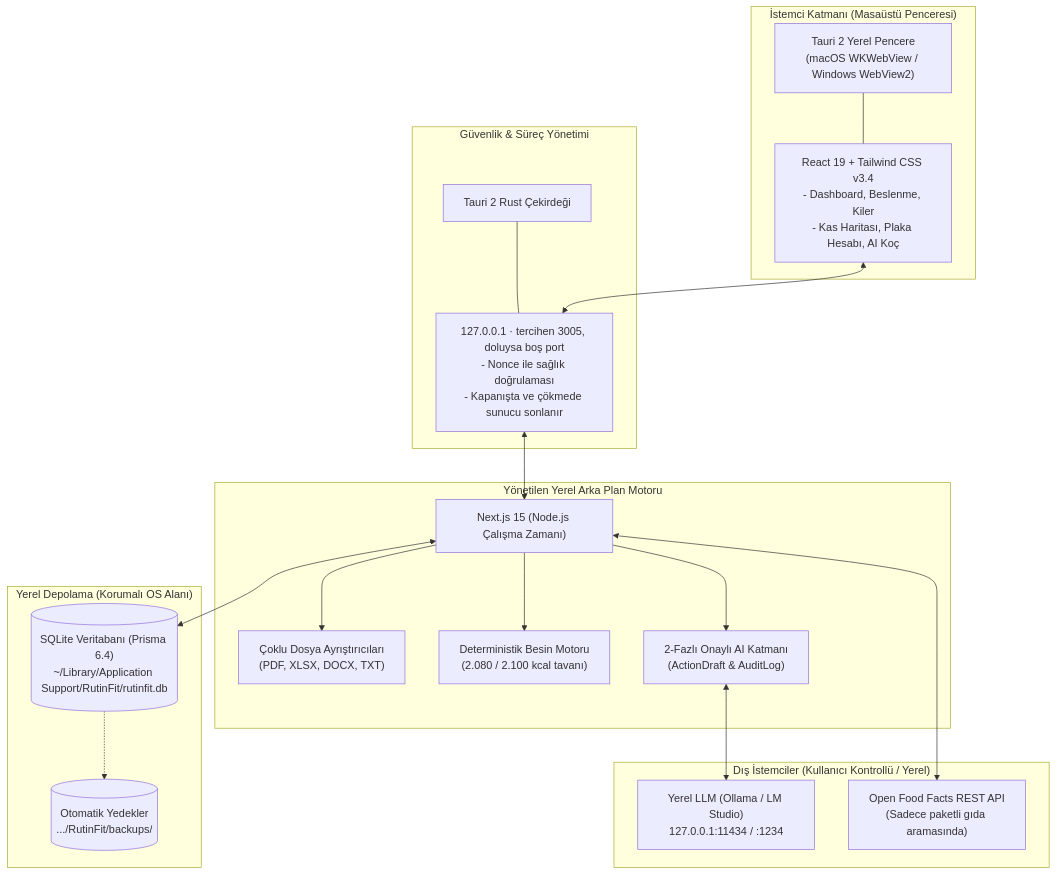
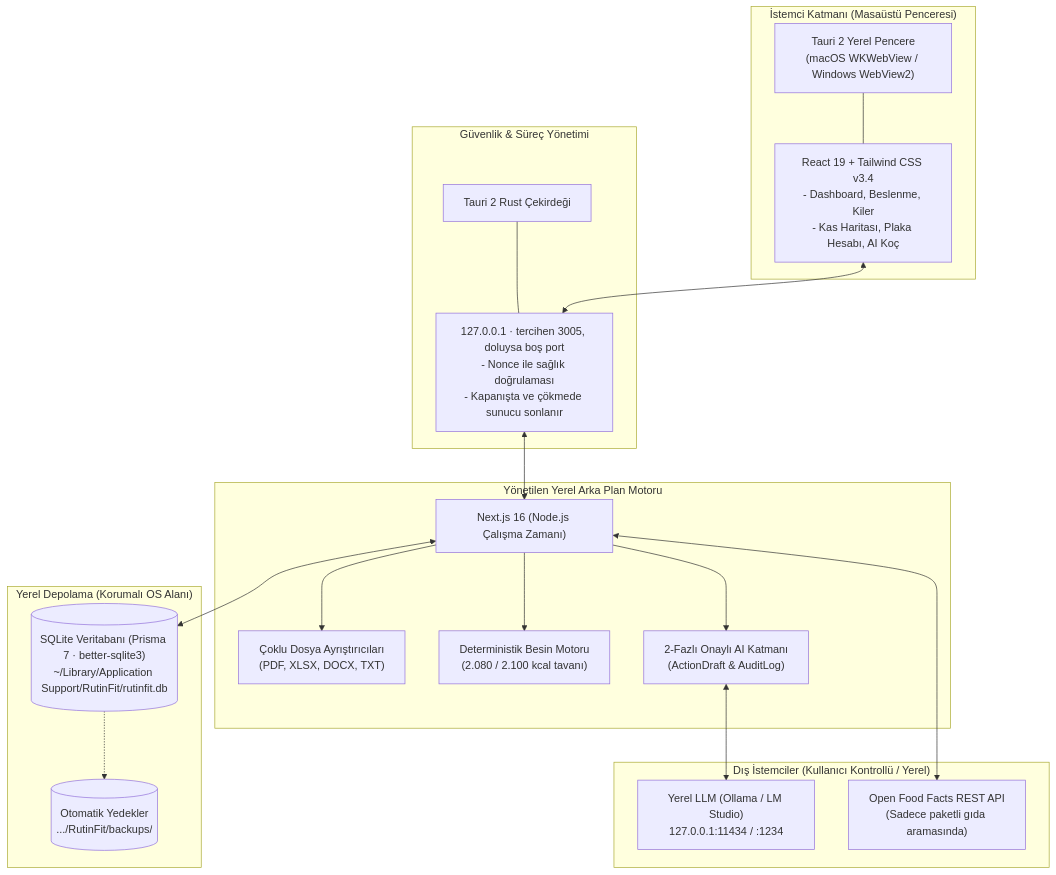
The diagram in docs/ARCHITECTURE_AND_TECH_STACK.md (memirutku/rutinfit), drawn with Mermaid before and after one commit. The commit also changed other lines of this file and 1 other file, not shown here.

First line of the commit message:
docs: note the Next.js 16, Prisma 7 and Vitest 5 upgrades

````diff
--- a/docs/ARCHITECTURE_AND_TECH_STACK.md
+++ b/docs/ARCHITECTURE_AND_TECH_STACK.md
@@ -15,41 +15,41 @@
 ```mermaid
 flowchart TD
     subgraph Client ["İstemci Katmanı (Masaüstü Penceresi)"]
         Window["Tauri 2 Yerel Pencere\n(macOS WKWebView / Windows WebView2)"]
         UIComponents["React 19 + Tailwind CSS v3.4\n- Dashboard, Beslenme, Kiler\n- Kas Haritası, Plaka Hesabı, AI Koç"]
         Window --- UIComponents
     end
 
     subgraph Security ["Güvenlik & Süreç Yönetimi"]
         RustCore["Tauri 2 Rust Çekirdeği"]
         LoopbackIPC["127.0.0.1 · tercihen 3005, doluysa boş port\n- Nonce ile sağlık doğrulaması\n- Kapanışta ve çökmede sunucu sonlanır"]
         RustCore --- LoopbackIPC
     end
 
     subgraph ServerEngine ["Yönetilen Yerel Arka Plan Motoru"]
-        NextEngine["Next.js 15 (Node.js Çalışma Zamanı)"]
+        NextEngine["Next.js 16 (Node.js Çalışma Zamanı)"]
         Parsers["Çoklu Dosya Ayrıştırıcıları\n(PDF, XLSX, DOCX, TXT)"]
         NutriEngine["Deterministik Besin Motoru\n(2.080 / 2.100 kcal tavanı)"]
         AIEngine["2-Fazlı Onaylı AI Katmanı\n(ActionDraft & AuditLog)"]
         NextEngine --> Parsers
         NextEngine --> NutriEngine
         NextEngine --> AIEngine
     end
 
     subgraph DataLayer ["Yerel Depolama (Korumalı OS Alanı)"]
-        SQLiteDB[("SQLite Veritabanı (Prisma 6.4)\n~/Library/Application Support/RutinFit/rutinfit.db")]
+        SQLiteDB[("SQLite Veritabanı (Prisma 7 · better-sqlite3)\n~/Library/Application Support/RutinFit/rutinfit.db")]
         Backups[("Otomatik Yedekler\n.../RutinFit/backups/")]
     end
 
     subgraph External ["Dış İstemciler (Kullanıcı Kontrollü / Yerel)"]
         LocalAI["Yerel LLM (Ollama / LM Studio)\n127.0.0.1:11434 / :1234"]
         OFFAPI["Open Food Facts REST API\n(Sadece paketli gıda aramasında)"]
     end
 
     UIComponents <--> LoopbackIPC
     LoopbackIPC <--> NextEngine
     NextEngine <--> SQLiteDB
     SQLiteDB -.-> Backups
     AIEngine <--> LocalAI
     NextEngine <--> OFFAPI
 ```
````
